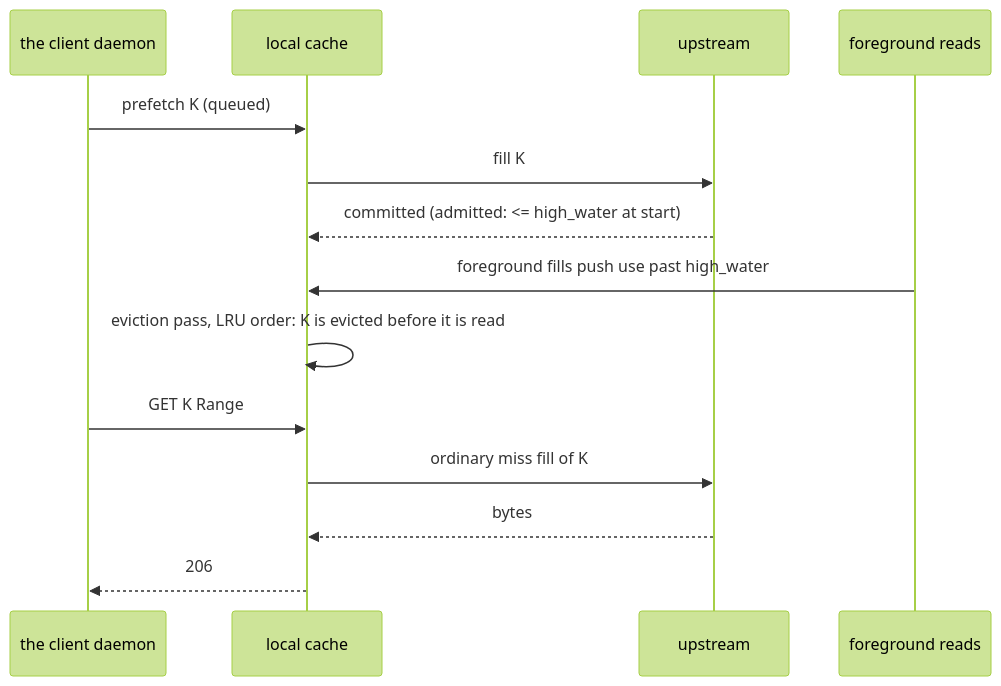
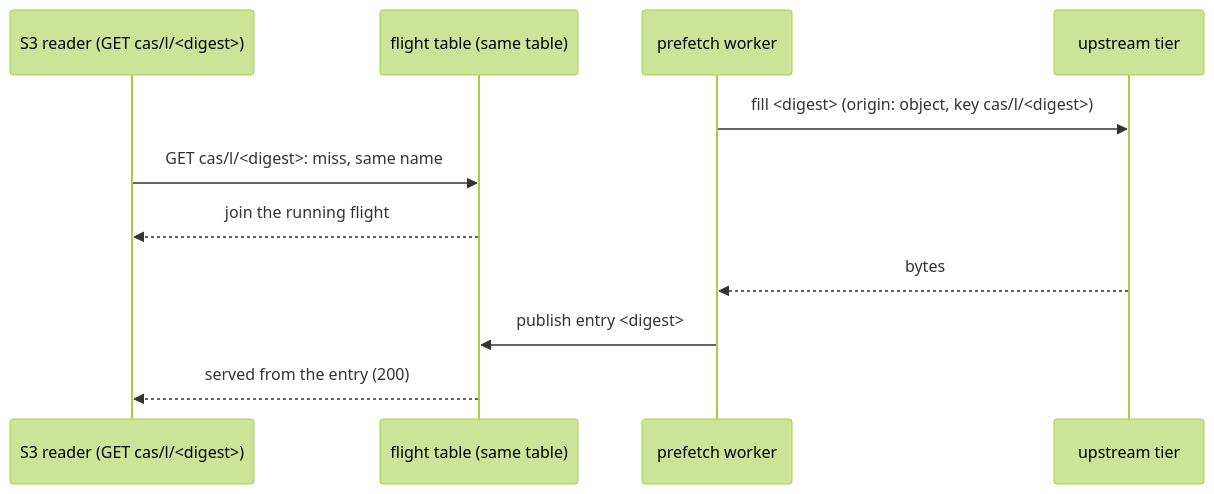
The third of 4 diagrams in docs/design/prefetch-api.md (komira-ai/tierstore), drawn with Mermaid (forest theme) before and after one commit. The commit also changed other lines of this file and 1 other file, not shown here.

First line of the commit message:
Prefetch design: one hydrate call, one cache entry and one flight table per digest, so a read mid-fill joins it (#292)

````diff
--- a/docs/design/prefetch-api.md
+++ b/docs/design/prefetch-api.md
@@ -140,16 +116,13 @@
 ```mermaid
 sequenceDiagram
-    participant D as the client daemon
-    participant C as local cache
-    participant U as upstream
-    participant R as foreground reads
-    D->>C: prefetch K (queued)
-    C->>U: fill K
-    U-->>C: committed (admitted: <= high_water at start)
-    R->>C: foreground fills push use past high_water
-    C->>C: eviction pass, LRU order: K is evicted before it is read
-    D->>C: GET K Range
-    C->>U: ordinary miss fill of K
-    U-->>C: bytes
-    C-->>D: 206
+    participant C as S3 reader (GET cas/l/<digest>)
+    participant T as flight table (same table)
+    participant P as prefetch worker
+    participant U as upstream tier
+    P->>U: fill <digest> (origin: object, key cas/l/<digest>)
+    C->>T: GET cas/l/<digest>: miss, same name
+    T-->>C: join the running flight
+    U-->>P: bytes
+    P->>T: publish entry <digest>
+    T-->>C: served from the entry (200)
 ```
````
